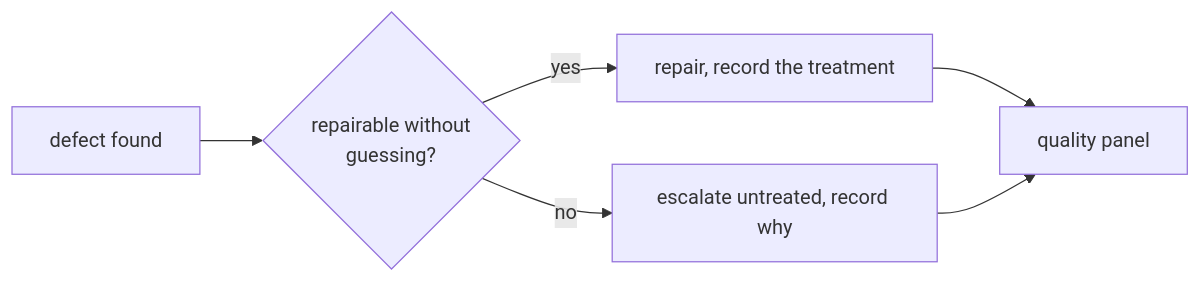
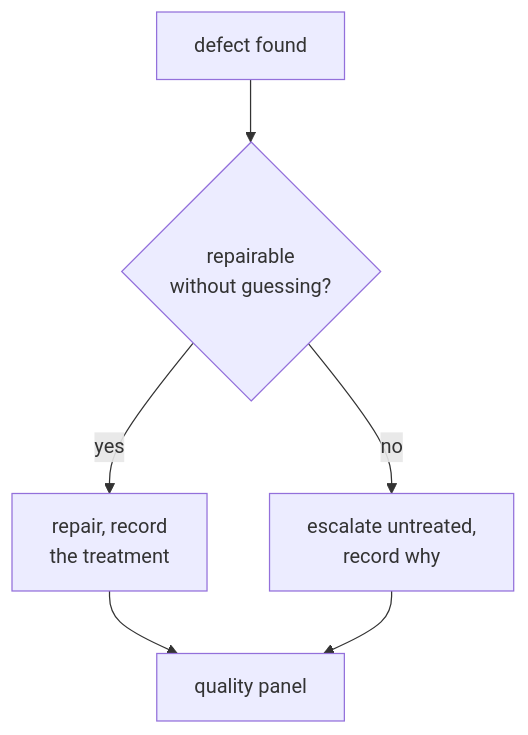
Before and after one commit to akaloic/risk-pnl-dashboard: the second of 2 diagrams in README.md, drawn with Mermaid. The commit also changed other lines of this file, not shown here.

Commit message:
docs: stand both diagrams up, so GitHub's overlay stops clipping them
The mermaid frame carries pan and zoom controls in its top-right corner,
permanently rather than on hover, and a left-to-right flow puts its last node
underneath them. Top-down keeps the width well inside the column.

````diff
--- a/README.md
+++ b/README.md
@@ -60,8 +61,8 @@
 ```mermaid
-flowchart LR
-  D["defect found"] --> Q{"repairable without<br/>guessing?"}
-  Q -->|yes| R["repair, record the treatment"]
-  Q -->|no| E["escalate untreated, record why"]
+flowchart TD
+  D["defect found"] --> Q{"repairable<br/>without guessing?"}
+  Q -->|yes| R["repair, record<br/>the treatment"]
+  Q -->|no| E["escalate untreated,<br/>record why"]
   R --> P["quality panel"]
   E --> P
 ```
````
